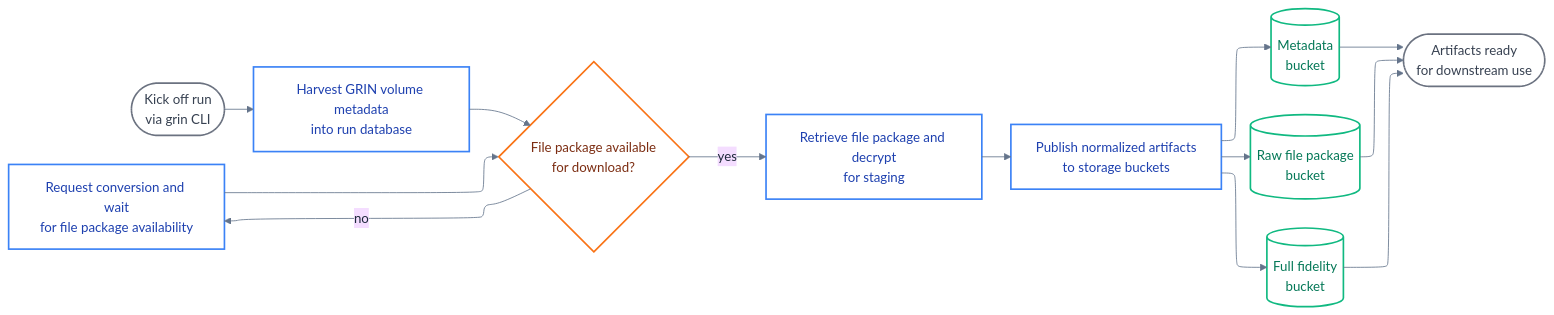
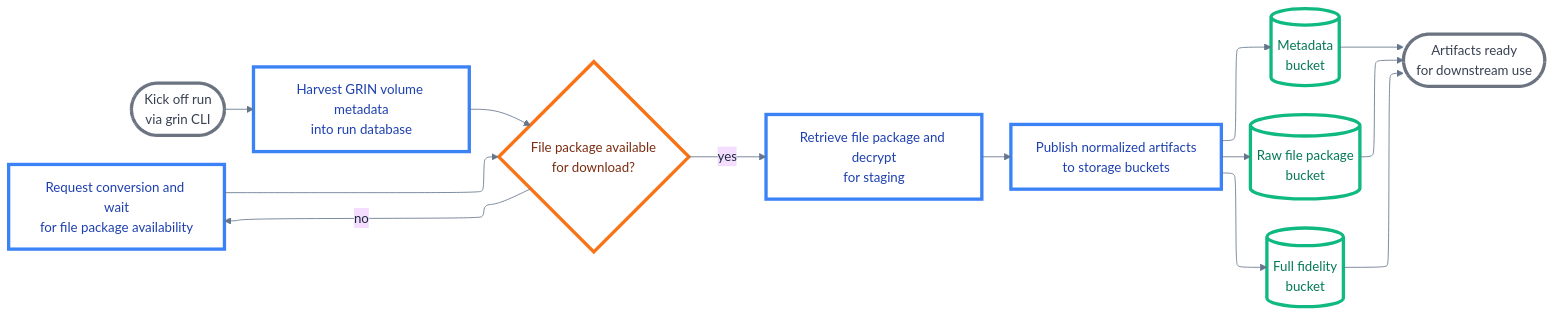
Before and after one commit to institutional/grin-transfer: the diagram in docs/diagrams/lifecycle-summary.mmd, drawn with Mermaid. The commit also changed 20 other files, not shown here.

First line of the commit message:
More readable diagrams (#352)

```diff
--- a/docs/diagrams/lifecycle-summary.mmd
+++ b/docs/diagrams/lifecycle-summary.mmd
@@ -1,19 +1,19 @@
 %%{init: {"theme": "base", "themeVariables": {"primaryTextColor": "#1e293b", "primaryBorderColor": "#475569", "lineColor": "#64748b", "background": "transparent", "mainBkg": "transparent", "secondBkg": "transparent"}, "flowchart": {"defaultRenderer": "elk", "elk": {"elk.direction": "RIGHT"}}}}%%
 flowchart LR
     Start([Kick off run<br/>via grin CLI]):::terminal --> Collect[Harvest GRIN volume metadata<br/>into run database]:::process
     Collect --> Download{File package available<br/>for download?}:::decision
     Download -->|no| Convert[Request conversion and wait<br/>for file package availability]:::process
     Convert --> Download
     Download -->|yes| Retrieve[Retrieve file package and decrypt<br/>for staging]:::process
     Retrieve --> Publish[Publish normalized artifacts<br/>to storage buckets]:::process
     Publish --> Meta[(Metadata<br/>bucket)]:::storage
     Publish --> Raw[(Raw file package<br/>bucket)]:::storage
     Publish --> Full[(Full fidelity<br/>bucket)]:::storage
     Meta --> Complete([Artifacts ready<br/>for downstream use]):::terminal
     Raw --> Complete
     Full --> Complete
 
-    classDef terminal fill:none,stroke:#6b7280,stroke-width:2px,color:#374151
-    classDef process fill:none,stroke:#3b82f6,stroke-width:2px,color:#1e40af
-    classDef storage fill:none,stroke:#10b981,stroke-width:2px,color:#047857
-    classDef decision fill:none,stroke:#f97316,stroke-width:2px,color:#7c2d12
+    classDef terminal fill:none,stroke:#6b7280,stroke-width:4px,color:#374151
+    classDef process fill:none,stroke:#3b82f6,stroke-width:4px,color:#1e40af
+    classDef storage fill:none,stroke:#10b981,stroke-width:4px,color:#047857
+    classDef decision fill:none,stroke:#f97316,stroke-width:4px,color:#7c2d12
```
